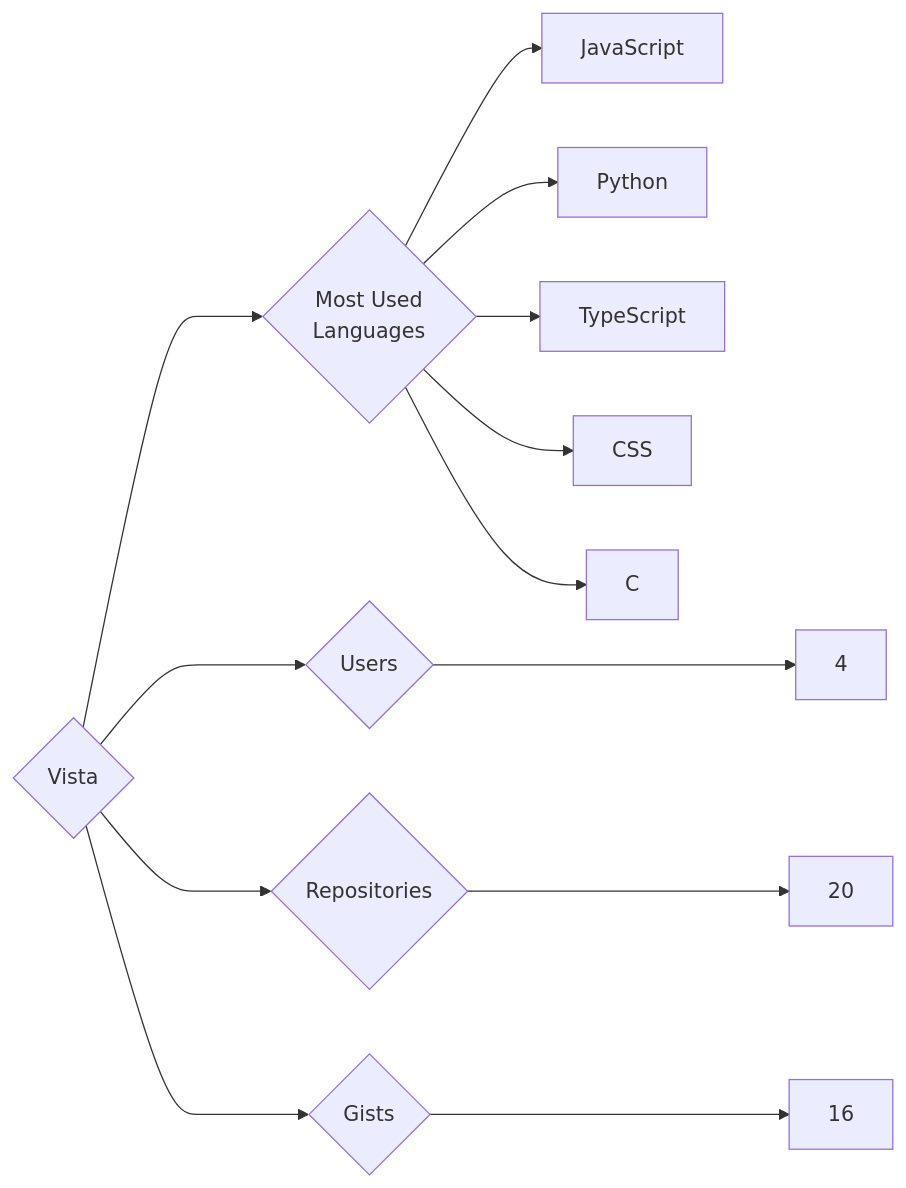
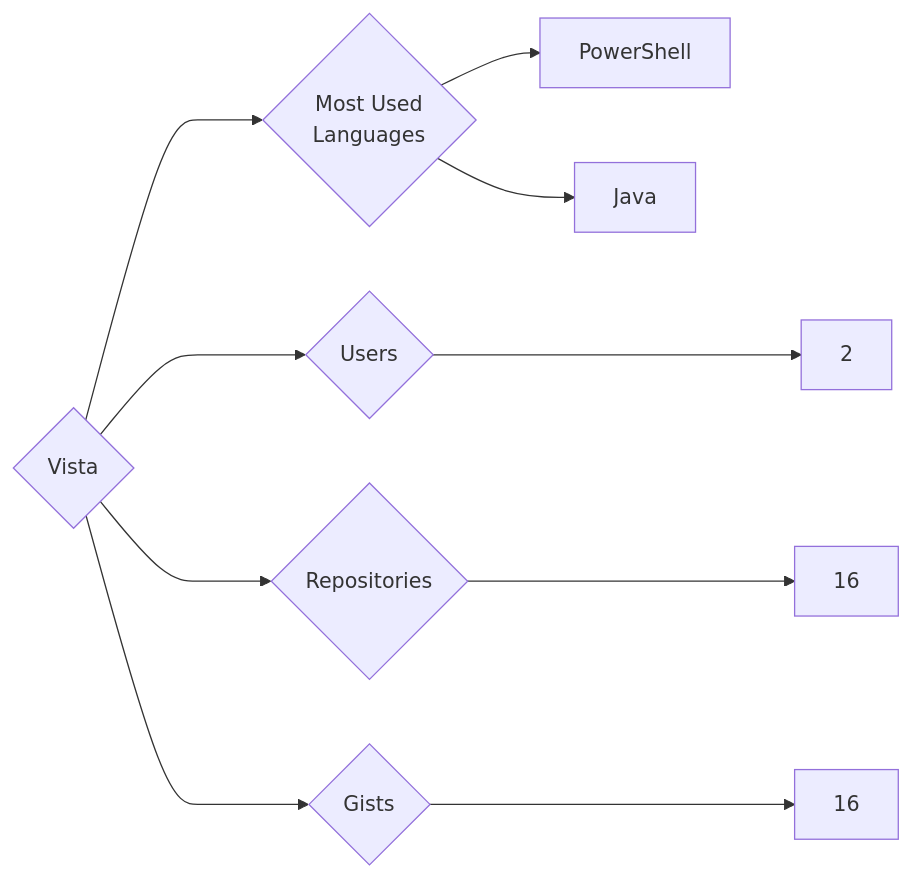
The diagram in targets/Vista/README.md (trickest/insiders), drawn with Mermaid before and after one commit. The commit also changed 1248 other files, not shown here.

````diff
--- a/targets/Vista/README.md
+++ b/targets/Vista/README.md
@@ -3,13 +3,10 @@
 ```mermaid
 graph LR
 COMPANY_NAME{Vista}
-COMPANY_NAME ---> U{Users} ---> UN[4]
-COMPANY_NAME ---> R{Repositories} ---> RN[20]
+COMPANY_NAME ---> U{Users} ---> UN[2]
+COMPANY_NAME ---> R{Repositories} ---> RN[16]
 COMPANY_NAME ---> G{Gists} ---> GN[16]
 COMPANY_NAME ---> ML{Most Used<br>Languages}
-ML --> JavaScript[JavaScript]
-ML --> Python[Python]
-ML --> TypeScript[TypeScript]
-ML --> CSS[CSS]
-ML --> C[C]
+ML --> PowerShell[PowerShell]
+ML --> Java[Java]
 ```
````
